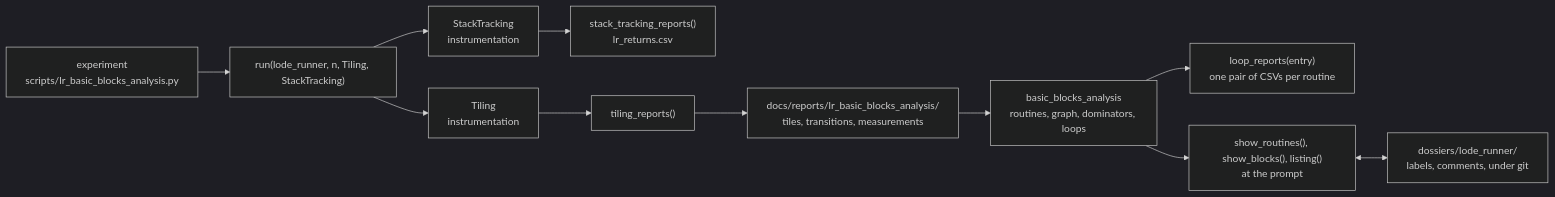
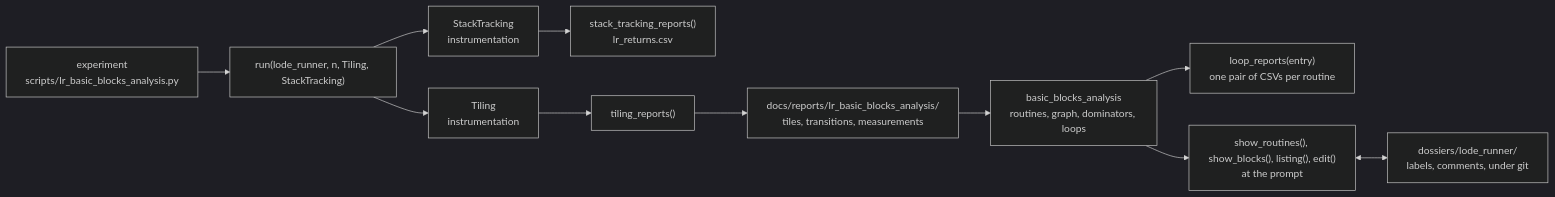
Before and after one commit to fschuhi/papple2: the diagram in docs/workbench.md, drawn with Mermaid (dark theme). The commit also changed other lines of this file and 1 other file, not shown here.

````diff
--- a/docs/workbench.md
+++ b/docs/workbench.md
@@ -16,13 +16,13 @@
 ```mermaid
 graph LR
     EXP["experiment<br/>scripts/lr_basic_blocks_analysis.py"] --> RUN["run(lode_runner, n, Tiling, StackTracking)"]
     RUN --> TILING["Tiling<br/>instrumentation"]
     RUN --> STACK["StackTracking<br/>instrumentation"]
     STACK --> SREP["stack_tracking_reports()<br/>lr_returns.csv"]
     TILING --> TREP["tiling_reports()"]
     TREP --> REPORTS["docs/reports/lr_basic_blocks_analysis/<br/>tiles, transitions, measurements"]
     REPORTS --> BBA["basic_blocks_analysis<br/>routines, graph, dominators, loops"]
     BBA --> LOOPS["loop_reports(entry)<br/>one pair of CSVs per routine"]
-    BBA --> SHELL["show_routines(), show_blocks(), listing()<br/>at the prompt"]
+    BBA --> SHELL["show_routines(), show_blocks(), listing(), edit()<br/>at the prompt"]
     SHELL <--> DOSSIER["dossiers/lode_runner/<br/>labels, comments, under git"]
 ```
````
